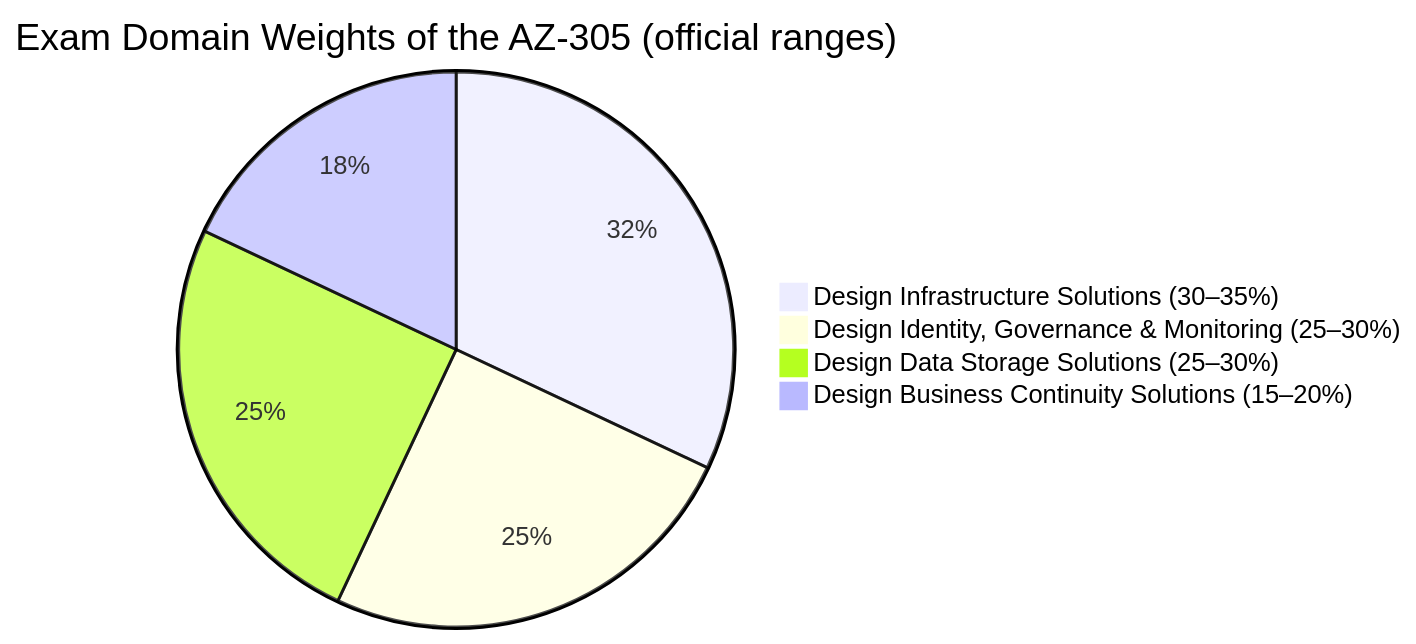
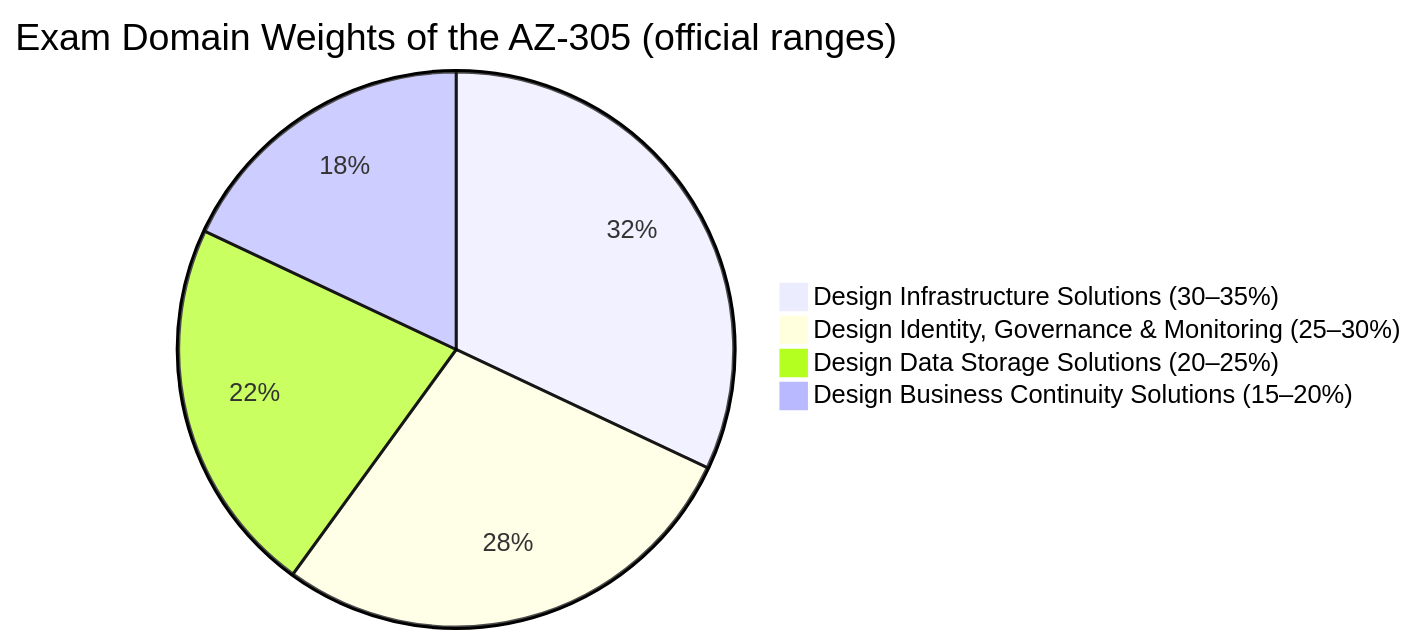
The first of 2 diagrams in README.md (marcogrimaldi29/az-305-study-notes), drawn with Mermaid before and after one commit. The commit also changed other lines of this file and 4 other files, not shown here.

````diff
--- a/README.md
+++ b/README.md
@@ -32,7 +32,7 @@
 ```mermaid
 pie title Exam Domain Weights of the AZ-305 (official ranges)
     "Design Infrastructure Solutions (30–35%)" : 32
-    "Design Identity, Governance & Monitoring (25–30%)" : 25
-    "Design Data Storage Solutions (25–30%)" : 25
+    "Design Identity, Governance & Monitoring (25–30%)" : 28
+    "Design Data Storage Solutions (20–25%)" : 22
     "Design Business Continuity Solutions (15–20%)" : 18
 ```
````
